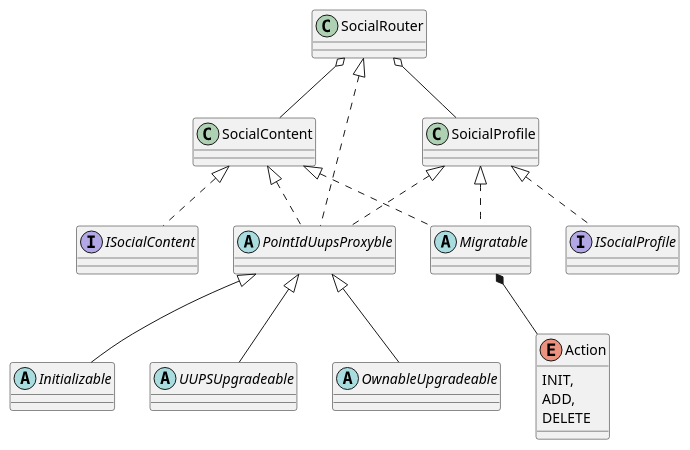
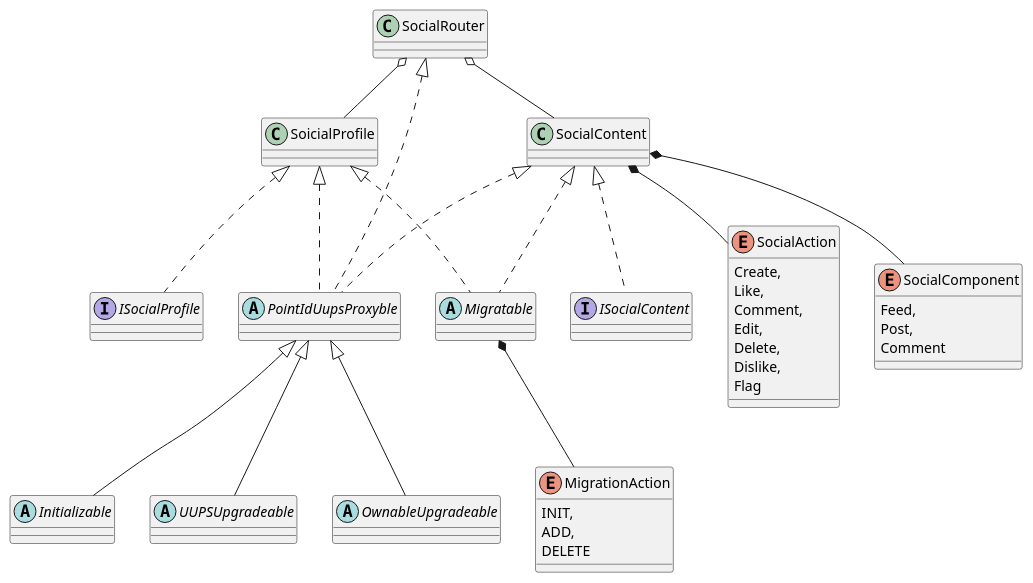
The diagram in documentation/decomposition.puml (yurivin/social.point), drawn with PlantUML before and after one commit. The commit also changed 1 other file, not shown here.

Commit message:
Architecture docs and tests

```diff
--- a/documentation/decomposition.puml
+++ b/documentation/decomposition.puml
@@ -1,41 +1,59 @@
 @startuml "Point.Social"
 'https://plantuml.com/class-diagram
 
 class SoicialProfile
 class SocialContent
 abstract PointIdUupsProxyble
 abstract Migratable
 
 abstract Initializable
 abstract UUPSUpgradeable
 abstract OwnableUpgradeable
 
 interface ISocialProfile
 interface ISocialContent
 
 SocialRouter o-- SoicialProfile
 SocialRouter o-- SocialContent
 
 SoicialProfile <|.. ISocialProfile
 SocialContent <|.. ISocialContent
 
 SocialRouter <|.. PointIdUupsProxyble
 SoicialProfile <|.. PointIdUupsProxyble
 SocialContent <|.. PointIdUupsProxyble
 
 SoicialProfile <|.. Migratable
 SocialContent <|.. Migratable
 
 PointIdUupsProxyble <|-- Initializable
 PointIdUupsProxyble <|-- UUPSUpgradeable
 PointIdUupsProxyble <|-- OwnableUpgradeable
 
-enum Action {
+enum MigrationAction {
     INIT,
     ADD,
     DELETE
 }
 
-Migratable *-- Action
+enum SocialAction {
+        Create,
+        Like,
+        Comment,
+        Edit,
+        Delete,
+        Dislike,
+        Flag
+}
+
+enum SocialComponent {
+        Feed,
+        Post,
+        Comment
+}
+
+Migratable *-- MigrationAction
+SocialContent *-- SocialAction
+SocialContent *-- SocialComponent
 
 @enduml
```
